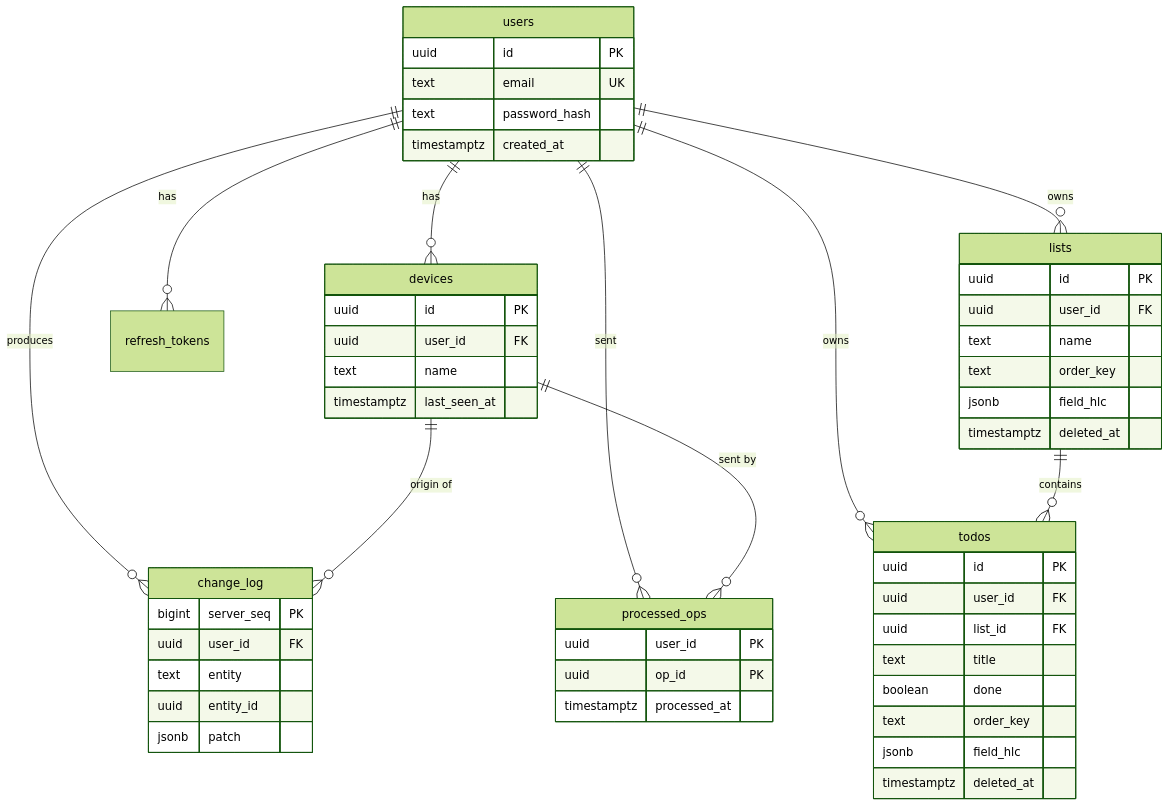
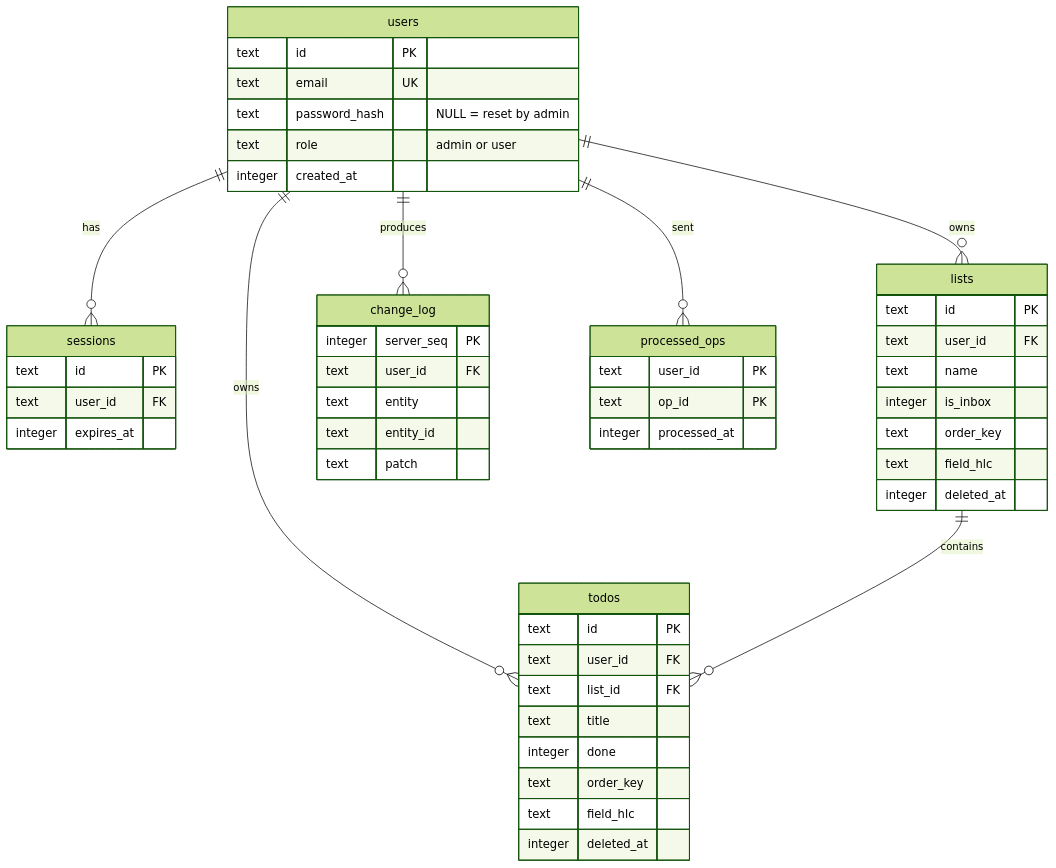
One commit to Kojo0888/ToDoness changed the diagram in docs/DBModel.md. Above: the diagram before and after it, drawn with Mermaid (forest theme). The commit also changed other lines of this file and 2 other files, not shown here.

````diff
--- a/docs/DBModel.md
+++ b/docs/DBModel.md
@@ -31,55 +37,53 @@
 ```mermaid
 erDiagram
-    users ||--o{ devices        : "has"
-    users ||--o{ refresh_tokens : "has"
+    users ||--o{ sessions       : "has"
     users ||--o{ lists          : "owns"
     users ||--o{ todos          : "owns"
     users ||--o{ change_log     : "produces"
     users ||--o{ processed_ops  : "sent"
     lists ||--o{ todos          : "contains"
-    devices ||--o{ change_log   : "origin of"
-    devices ||--o{ processed_ops: "sent by"
 
     users {
-        uuid id PK
+        text id PK
         text email UK
-        text password_hash
-        timestamptz created_at
+        text password_hash "NULL = reset by admin"
+        text role "admin or user"
+        integer created_at
     }
-    devices {
-        uuid id PK
-        uuid user_id FK
-        text name
-        timestamptz last_seen_at
+    sessions {
+        text id PK
+        text user_id FK
+        integer expires_at
     }
     lists {
-        uuid id PK
-        uuid user_id FK
+        text id PK
+        text user_id FK
         text name
+        integer is_inbox
         text order_key
-        jsonb field_hlc
-        timestamptz deleted_at
+        text field_hlc
+        integer deleted_at
     }
     todos {
-        uuid id PK
-        uuid user_id FK
-        uuid list_id FK
+        text id PK
+        text user_id FK
+        text list_id FK
         text title
-        boolean done
+        integer done
         text order_key
-        jsonb field_hlc
-        timestamptz deleted_at
+        text field_hlc
+        integer deleted_at
     }
     change_log {
-        bigint server_seq PK
-        uuid user_id FK
+        integer server_seq PK
+        text user_id FK
         text entity
-        uuid entity_id
-        jsonb patch
+        text entity_id
+        text patch
     }
     processed_ops {
-        uuid user_id PK
-        uuid op_id PK
-        timestamptz processed_at
+        text user_id PK
+        text op_id PK
+        integer processed_at
     }
 ```
````
